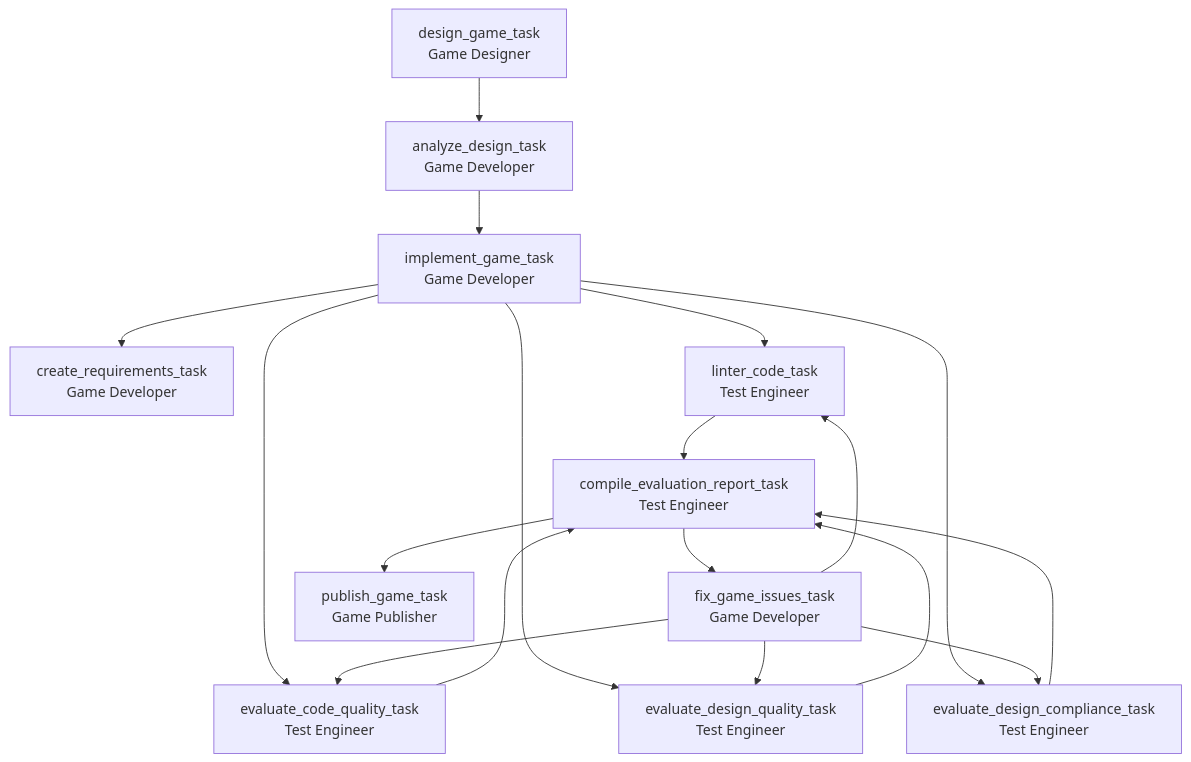
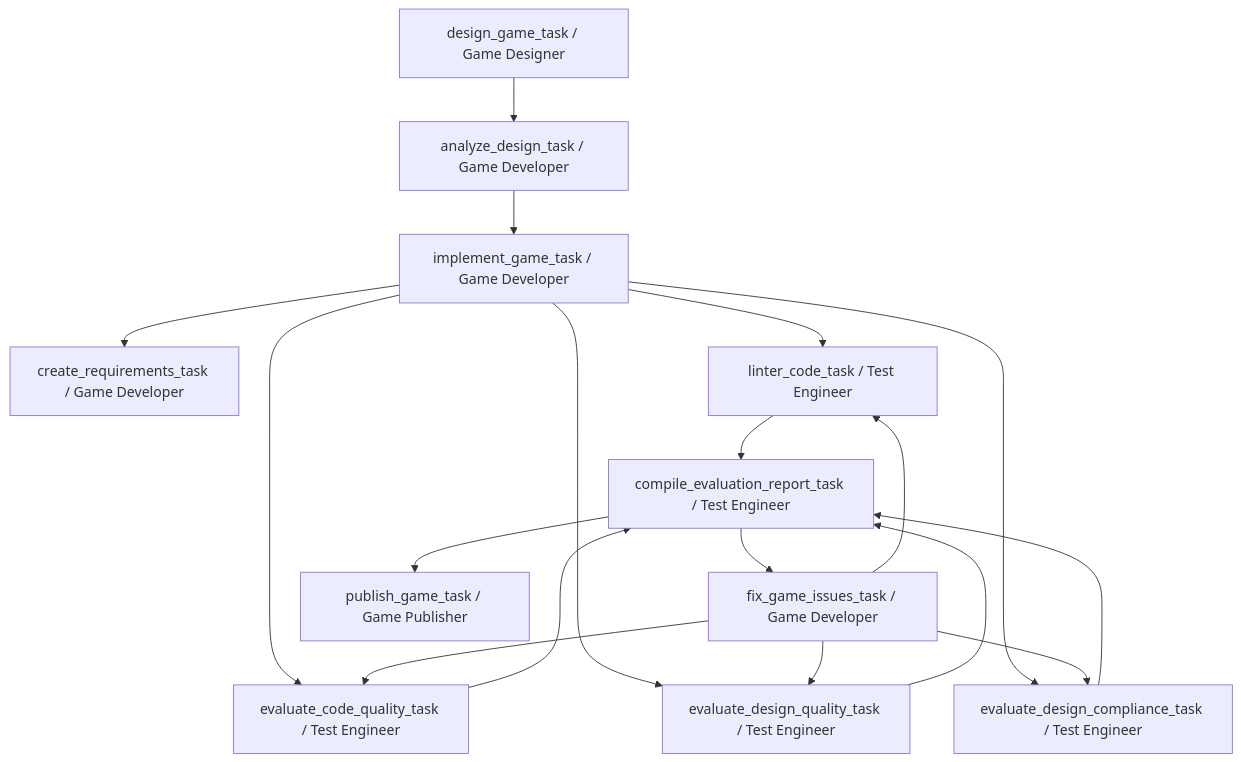
Before and after one commit to VrityaCodeRishi/agentforce_interactive: the first of 2 diagrams in README.md, drawn with Mermaid. The commit also changed other lines of this file, not shown here.

Commit message:
correct chart in readme

````diff
--- a/README.md
+++ b/README.md
@@ -20,14 +20,14 @@
 ```mermaid
 flowchart TD
-  A[design_game_task\nGame Designer] --> B[analyze_design_task\nGame Developer]
-  B --> C[implement_game_task\nGame Developer]
-  C --> D[create_requirements_task\nGame Developer]
-  C --> E[linter_code_task\nTest Engineer]
-  C --> F[evaluate_code_quality_task\nTest Engineer]
-  C --> G[evaluate_design_quality_task\nTest Engineer]
-  C --> H[evaluate_design_compliance_task\nTest Engineer]
-  E & F & G & H --> I[compile_evaluation_report_task\nTest Engineer]
-  I --> J[fix_game_issues_task\nGame Developer]
+  A[design_game_task / Game Designer] --> B[analyze_design_task / Game Developer]
+  B --> C[implement_game_task / Game Developer]
+  C --> D[create_requirements_task / Game Developer]
+  C --> E[linter_code_task / Test Engineer]
+  C --> F[evaluate_code_quality_task / Test Engineer]
+  C --> G[evaluate_design_quality_task / Test Engineer]
+  C --> H[evaluate_design_compliance_task / Test Engineer]
+  E & F & G & H --> I[compile_evaluation_report_task / Test Engineer]
+  I --> J[fix_game_issues_task / Game Developer]
   J --> E & F & G & H
-  I --> K[publish_game_task\nGame Publisher]
+  I --> K[publish_game_task / Game Publisher]
 ```
````
